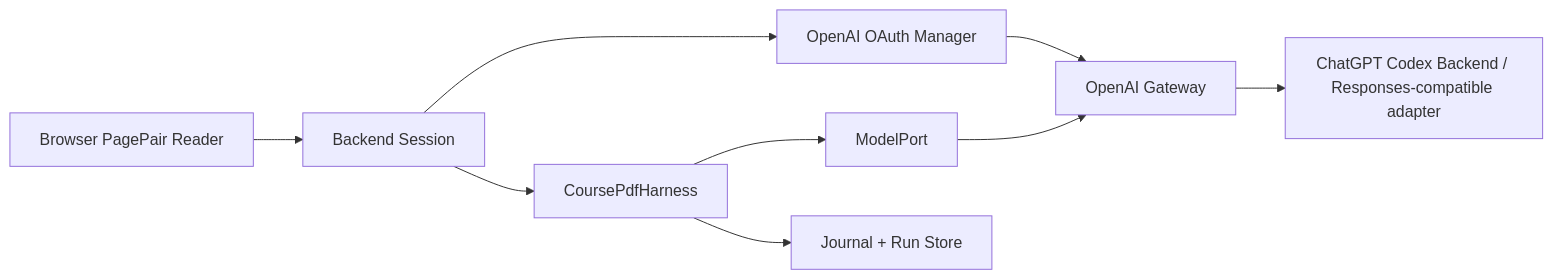
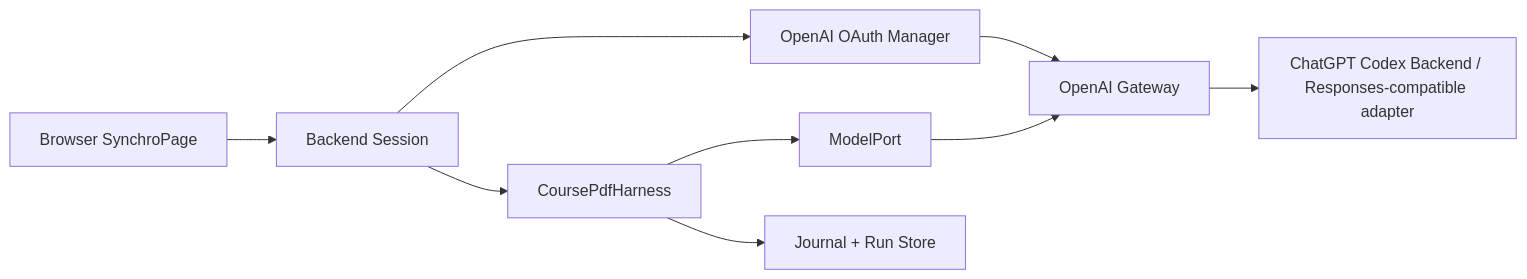
Before and after one commit to HarryFang30/SynchroPage: the diagram in docs/architecture/openai-oauth-gateway.md, drawn with Mermaid. The commit also changed other lines of this file and 32 other files, not shown here.

Commit message:
rebrand app as SynchroPage

````diff
--- a/docs/architecture/openai-oauth-gateway.md
+++ b/docs/architecture/openai-oauth-gateway.md
@@ -70,11 +70,11 @@
 ```mermaid
 flowchart LR
-    A["Browser PagePair Reader"] --> B["Backend Session"]
+    A["Browser SynchroPage"] --> B["Backend Session"]
     B --> C["OpenAI OAuth Manager"]
     B --> D["CoursePdfHarness"]
     D --> E["ModelPort"]
     E --> F["OpenAI Gateway"]
     C --> F
     F --> G["ChatGPT Codex Backend / Responses-compatible adapter"]
     D --> H["Journal + Run Store"]
 ```
````
